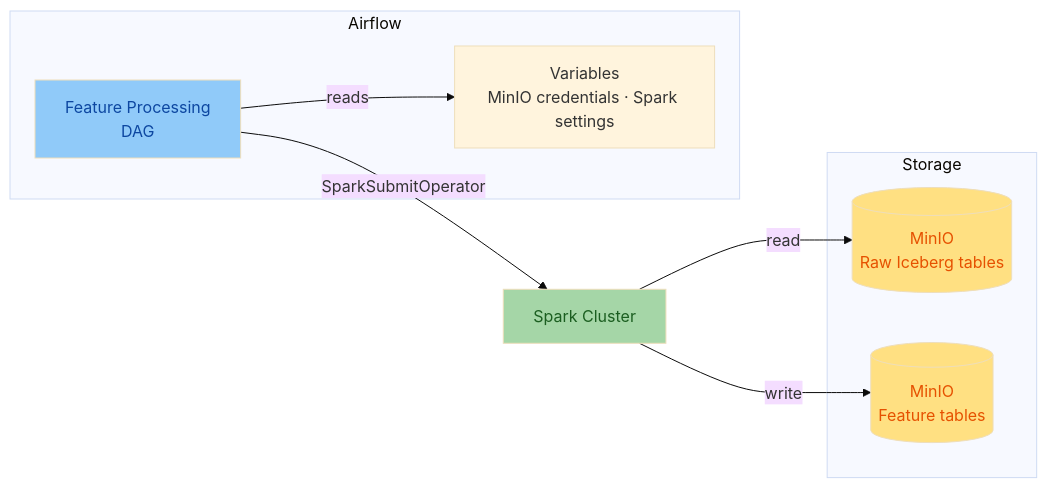
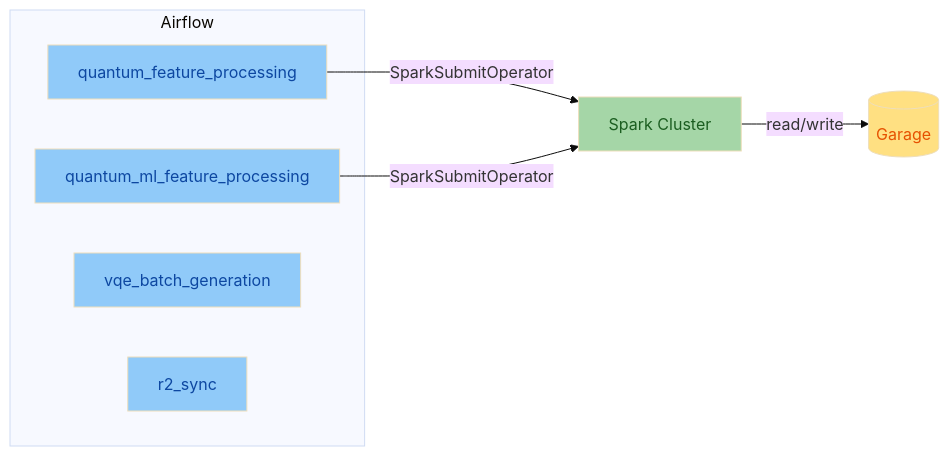
One commit to straightchlorine/quantum-pipeline changed the fifth of 7 diagrams in docs/architecture/system-design.md. Above: the diagram before and after it, drawn with Mermaid (base theme). The commit also changed other lines of this file and 146 other files, not shown here.

````diff
--- a/docs/architecture/system-design.md
+++ b/docs/architecture/system-design.md
@@ -541,24 +221,23 @@
 ```mermaid
 graph LR
     subgraph "Airflow"
-        DAG["Feature Processing<br/>DAG"]
-        VARS["Variables<br/>MinIO credentials · Spark settings"]
-        DAG -->|reads| VARS
+        DAG1["quantum_feature_processing"]
+        DAG2["quantum_ml_feature_processing"]
+        DAG3["vqe_batch_generation"]
+        DAG4["r2_sync"]
     end
 
     SPARK[Spark Cluster]
+    GARAGE[(Garage)]
 
-    subgraph "Storage"
-        MINIO[(MinIO<br/>Raw Iceberg tables)]
-        ICEBERG[(MinIO<br/>Feature tables)]
-    end
+    DAG1 -->|SparkSubmitOperator| SPARK
+    DAG2 -->|SparkSubmitOperator| SPARK
+    SPARK -->|read/write| GARAGE
 
-    DAG -->|SparkSubmitOperator| SPARK
-    SPARK -->|read| MINIO
-    SPARK -->|write| ICEBERG
-
-    style DAG fill:#90caf9,color:#0d47a1
+    style DAG1 fill:#90caf9,color:#0d47a1
+    style DAG2 fill:#90caf9,color:#0d47a1
+    style DAG3 fill:#90caf9,color:#0d47a1
+    style DAG4 fill:#90caf9,color:#0d47a1
     style SPARK fill:#a5d6a7,color:#1b5e20
-    style MINIO fill:#ffe082,color:#e65100
-    style ICEBERG fill:#ffe082,color:#e65100
+    style GARAGE fill:#ffe082,color:#e65100
 ```
````
